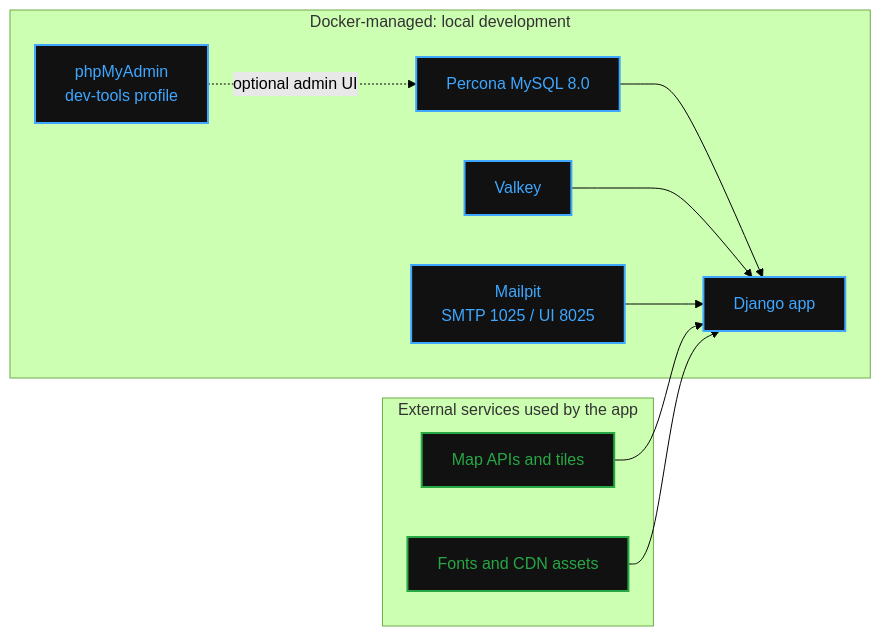
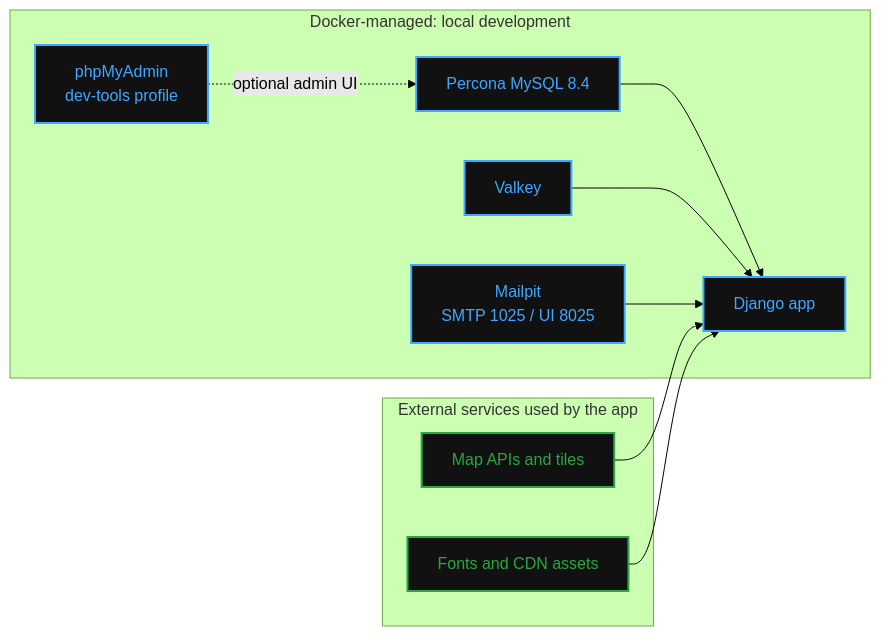
One commit to osu-cass/hemp-db changed the first of 3 diagrams in README.md. Above: the diagram before and after it, drawn with Mermaid (forest theme). The commit also changed 2 other files, not shown here.

Commit message:
docs: reconcile Percona version references

````diff
--- a/README.md
+++ b/README.md
@@ -146,27 +146,27 @@
 ```mermaid
 flowchart LR
     subgraph docker["Docker-managed: local development"]
         app[Django app]
-        mysql["Percona MySQL 8.0"]
+        mysql["Percona MySQL 8.4"]
         valkey[Valkey]
         mailpit["Mailpit<br/>SMTP 1025 / UI 8025"]
         phpmyadmin["phpMyAdmin<br/>dev-tools profile"]
     end
 
     subgraph external["External services used by the app"]
         maps["Map APIs and tiles"]
         cdn["Fonts and CDN assets"]
     end
 
     mysql --> app
     valkey --> app
     mailpit --> app
     phpmyadmin -. "optional admin UI" .-> mysql
     maps --> app
     cdn --> app
 
     classDef externalService fill:#111,stroke:#28a745,color:#28a745,stroke-width:2px
     classDef dockerService fill:#111,stroke:#3fa7ff,color:#3fa7ff,stroke-width:2px
     class maps,cdn externalService
     class app,mysql,valkey,mailpit,phpmyadmin dockerService
 ```
````
